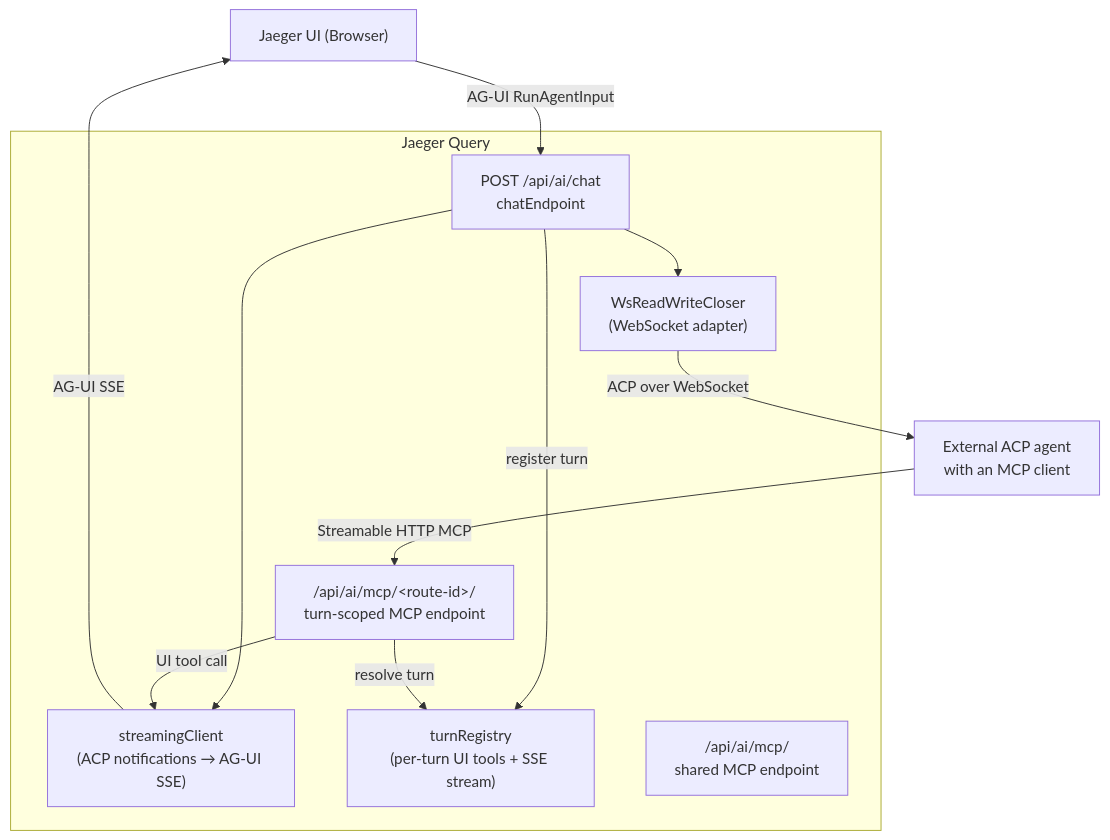
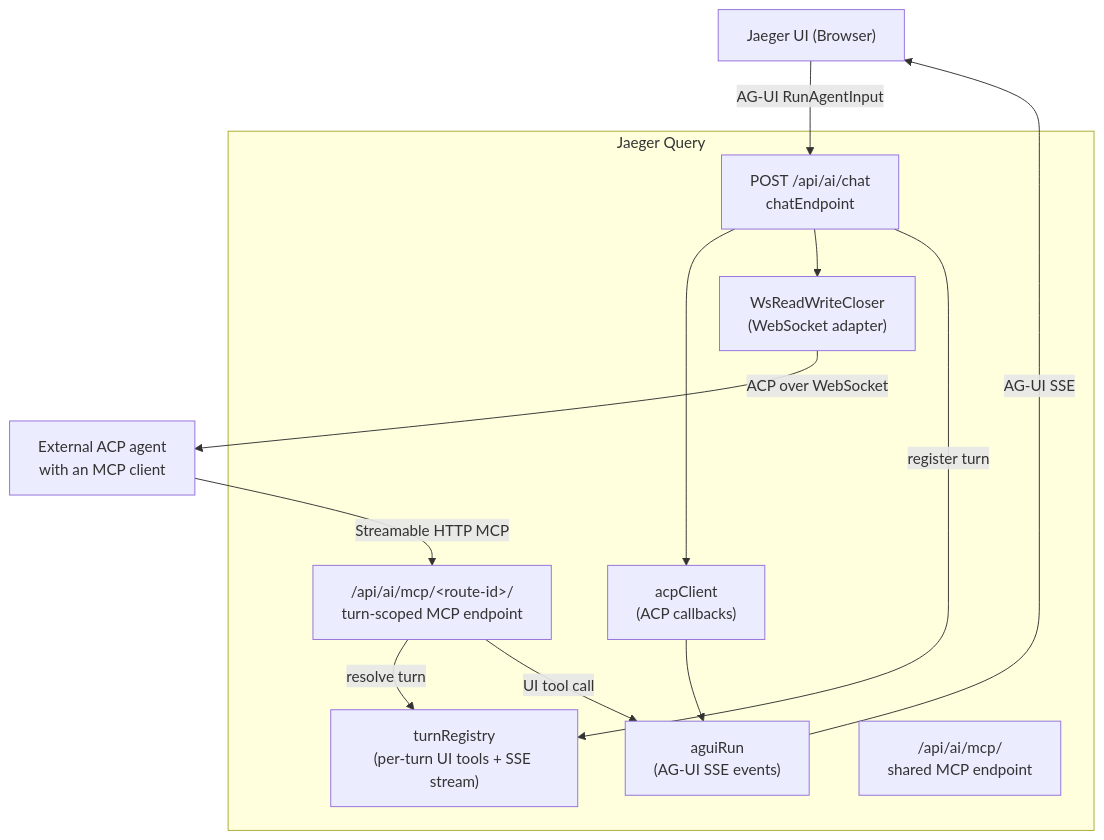
Before and after one commit to jaegertracing/jaeger: the first of 2 diagrams in cmd/jaeger/internal/extension/jaegerquery/internal/jaegerai/README.md, drawn with Mermaid. The commit also changed other lines of this file and 12 other files, not shown here.

First line of the commit message:
refactor(query): Split the gateway's streamingClient into aguiRun and acpClient (#10017)

````diff
--- a/cmd/jaeger/internal/extension/jaegerquery/internal/jaegerai/README.md
+++ b/cmd/jaeger/internal/extension/jaegerquery/internal/jaegerai/README.md
@@ -14,25 +14,27 @@
 ```mermaid
 flowchart TB
     UI["Jaeger UI (Browser)"]
 
     subgraph jaeger["Jaeger Query"]
         CHAT["POST /api/ai/chat<br>chatEndpoint"]
-        SC["streamingClient<br>(ACP notifications → AG-UI SSE)"]
+        ACPC["acpClient<br>(ACP callbacks)"]
+        SC["aguiRun<br>(AG-UI SSE events)"]
         WS["WsReadWriteCloser<br>(WebSocket adapter)"]
         TURNS["turnRegistry<br>(per-turn UI tools + SSE stream)"]
         MCP["/api/ai/mcp/&lt;route-id&gt;/<br>turn-scoped MCP endpoint"]
         SHARED["/api/ai/mcp/<br>shared MCP endpoint"]
-        CHAT --> SC
+        CHAT --> ACPC
+        ACPC --> SC
         CHAT --> WS
         CHAT -- "register turn" --> TURNS
         MCP -- "resolve turn" --> TURNS
         MCP -- "UI tool call" --> SC
     end
 
     AGENT["External ACP agent<br>with an MCP client"]
 
     UI -- "AG-UI RunAgentInput" --> CHAT
     SC -- "AG-UI SSE" --> UI
     WS -- "ACP over WebSocket" --> AGENT
     AGENT -- "Streamable HTTP MCP" --> MCP
 ```
````
